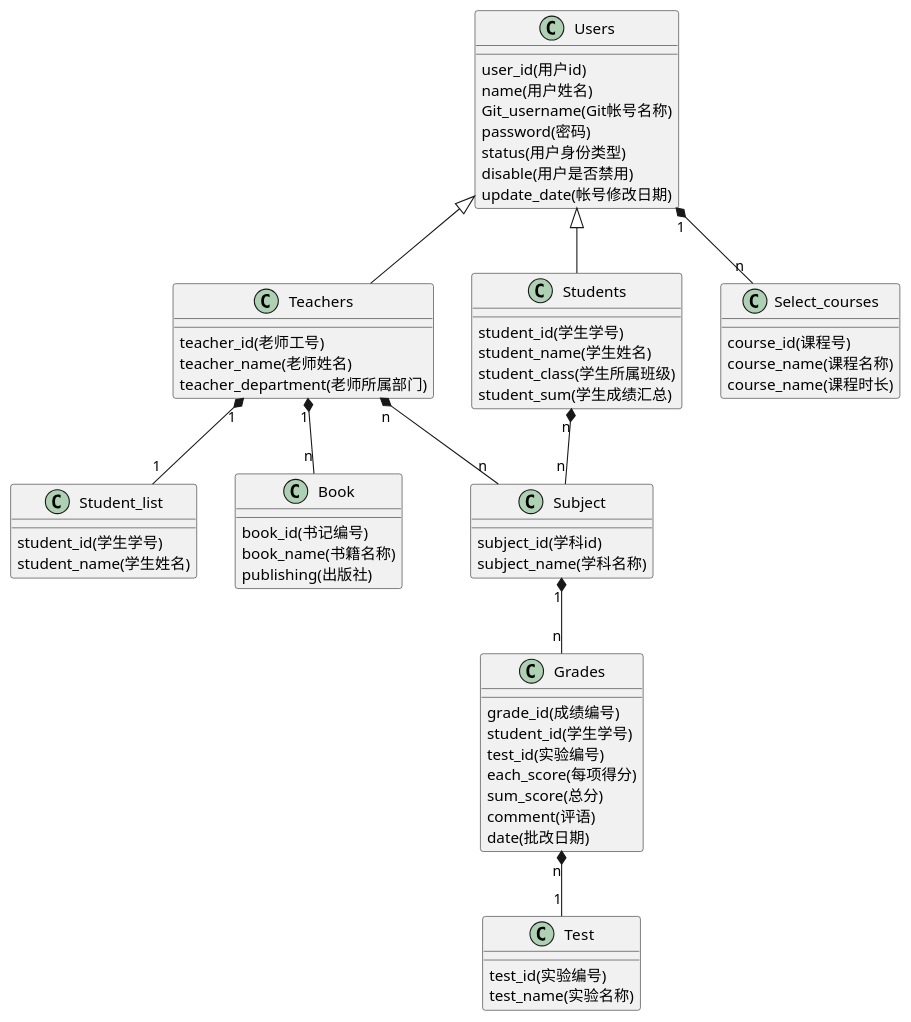
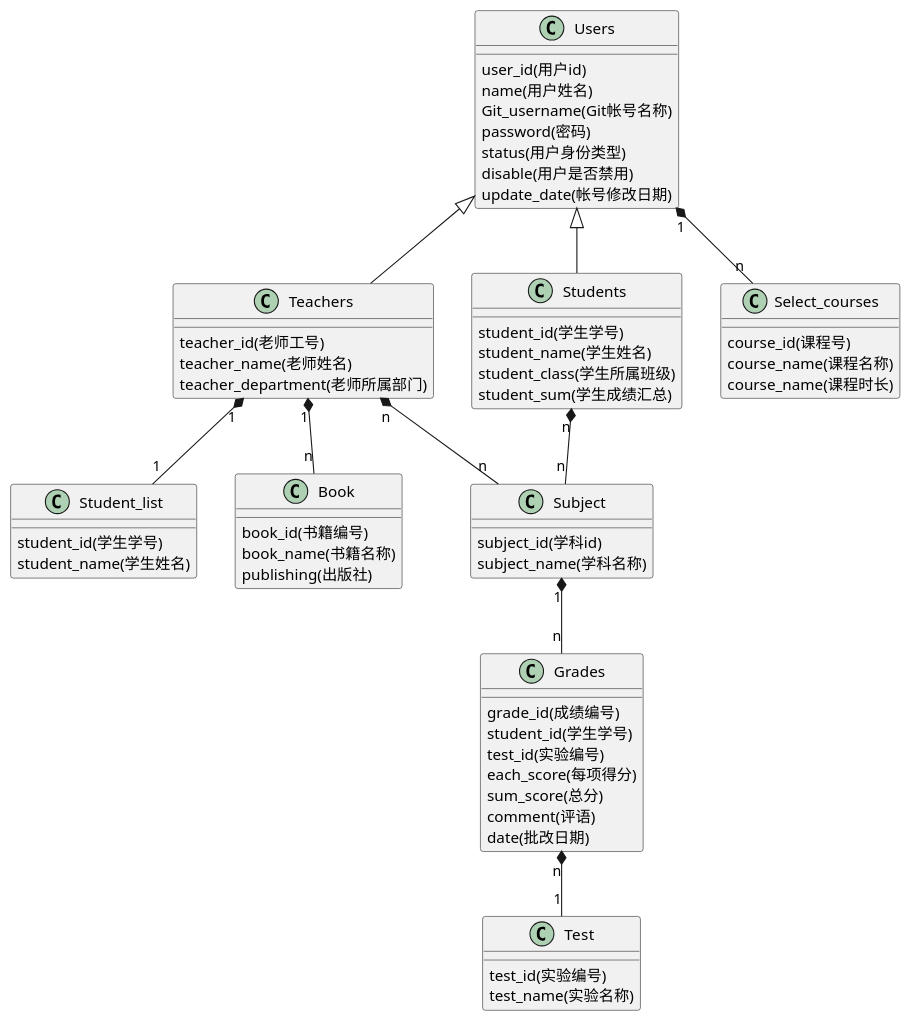
The diagram in test6/src/test_manage_class.puml (weidanxue2/is_analysis), drawn with PlantUML before and after one commit.

```diff
--- a/test6/src/test_manage_class.puml
+++ b/test6/src/test_manage_class.puml
@@ -1,53 +1,53 @@
 @startuml
 Users <|-- Teachers
 Users <|-- Students
 
 Users : user_id(用户id)
 Users : name(用户姓名)
 Users : Git_username(Git帐号名称)
 Users : password(密码)
 Users : status(用户身份类型)
 Users : disable(用户是否禁用)
 Users : update_date(帐号修改日期)
 
 Teachers : teacher_id(老师工号)
 Teachers : teacher_name(老师姓名)
 Teachers : teacher_department(老师所属部门)
 
 Students : student_id(学生学号)
 Students : student_name(学生姓名)
 Students : student_class(学生所属班级)
 Students : student_sum(学生成绩汇总)
 
 Users"1" *--"n"Select_courses
 Select_courses : course_id(课程号)
 Select_courses : course_name(课程名称)
 Select_courses : course_name(课程时长)
 
 Teachers"1" *--"1"Student_list
 Student_list : student_id(学生学号)
 Student_list : student_name(学生姓名)
 
 Teachers"1" *--"n"Book
-Book : book_id(书记编号)
+Book : book_id(书籍编号)
 Book : book_name(书籍名称)
 Book : publishing(出版社)
 
 Teachers"n" *--"n"Subject
 Students"n" *--"n"Subject
 Subject : subject_id(学科id)
 Subject : subject_name(学科名称)
 
 Subject"1" *--"n"Grades
 Grades : grade_id(成绩编号)
 Grades : student_id(学生学号)
 Grades : test_id(实验编号)
 Grades : each_score(每项得分)
 Grades : sum_score(总分)
 Grades : comment(评语)
 Grades : date(批改日期)
 
 Grades"n" *--"1"Test
 Test : test_id(实验编号)
 Test : test_name(实验名称)
 @enduml
```
